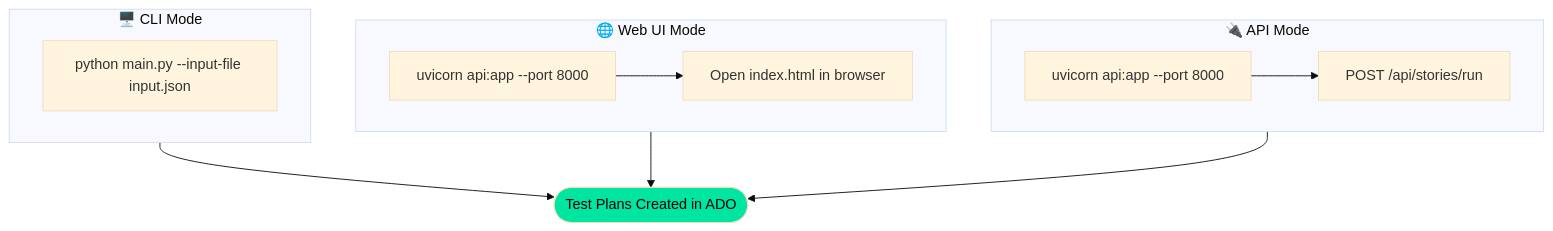
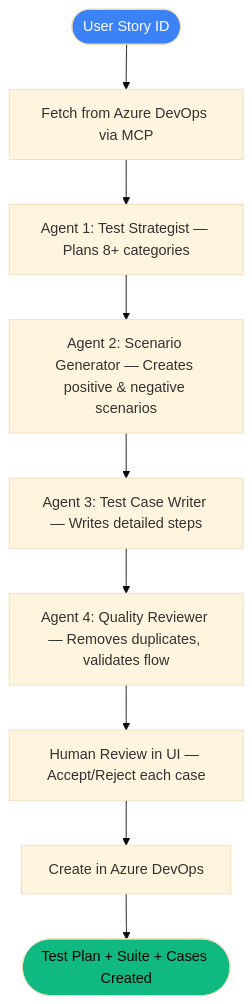
Before and after one commit to Arivu30392/ai-testforge: the second of 2 diagrams in README.md, drawn with Mermaid (base theme). The commit also changed other lines of this file and 15 other files, not shown here.

````diff
--- a/README.md
+++ b/README.md
@@ -86,24 +100,14 @@
 ```mermaid
 flowchart TD
-    subgraph CLI[🖥️ CLI Mode]
-        C1[python main.py --input-file input.json]
-    end
+    Start([User Story ID]) --> Fetch[Fetch from Azure DevOps via MCP]
+    Fetch --> A1[Agent 1: Test Strategist — Plans 8+ categories]
+    A1 --> A2[Agent 2: Scenario Generator — Creates positive & negative scenarios]
+    A2 --> A3[Agent 3: Test Case Writer — Writes detailed steps]
+    A3 --> A4[Agent 4: Quality Reviewer — Removes duplicates, validates flow]
+    A4 --> Review[Human Review in UI — Accept/Reject each case]
+    Review --> Create[Create in Azure DevOps]
+    Create --> Done([Test Plan + Suite + Cases Created])
 
-    subgraph UI[🌐 Web UI Mode]
-        U1[uvicorn api:app --port 8000]
-        U2[Open index.html in browser]
-        U1 --> U2
-    end
-
-    subgraph API[🔌 API Mode]
-        AP1[uvicorn api:app --port 8000]
-        AP2[POST /api/stories/run]
-        AP1 --> AP2
-    end
-
-    CLI --> R([Test Plans Created in ADO])
-    UI --> R
-    API --> R
-
-    style R fill:#00e5a0,color:#000
+    style Start fill:#3b82f6,color:#fff
+    style Done fill:#10b981,color:#000
 ```
````
